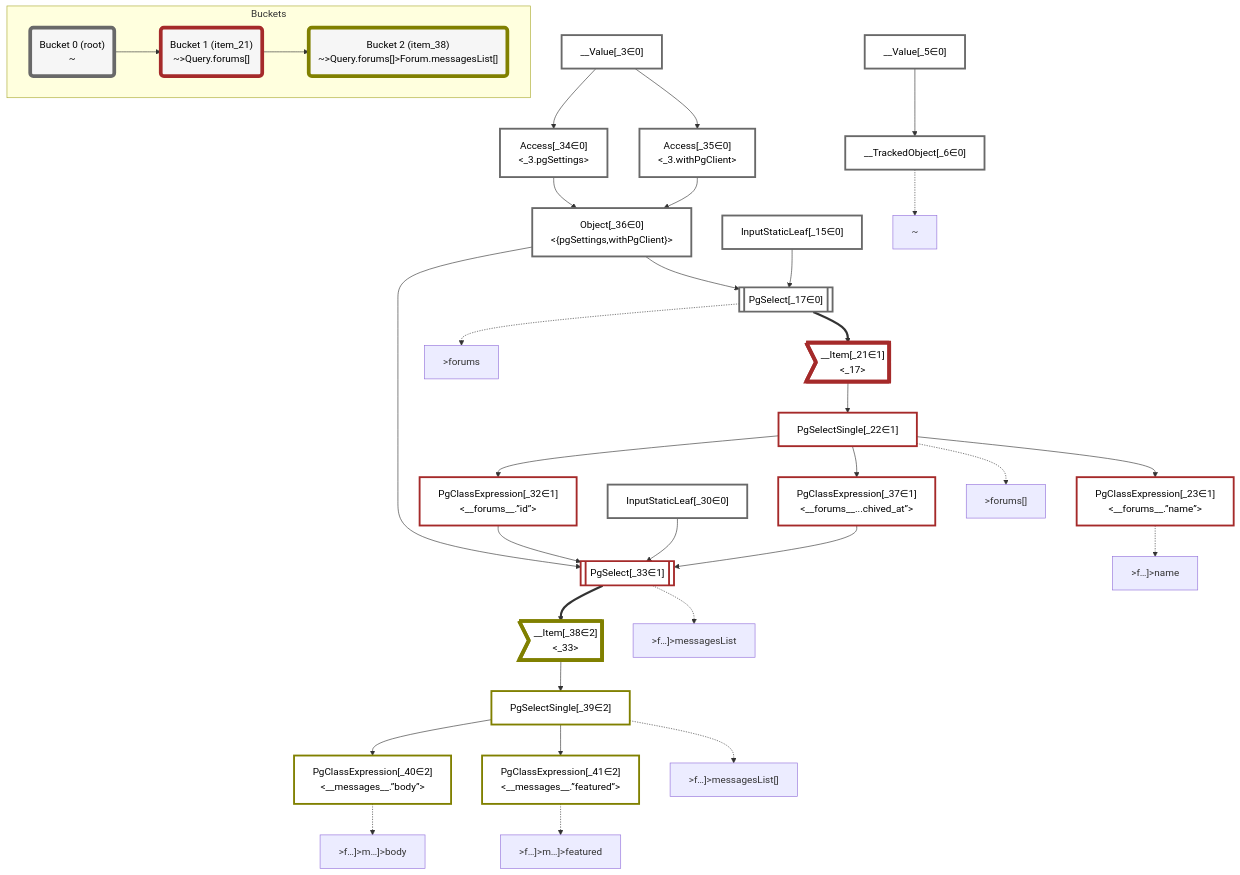
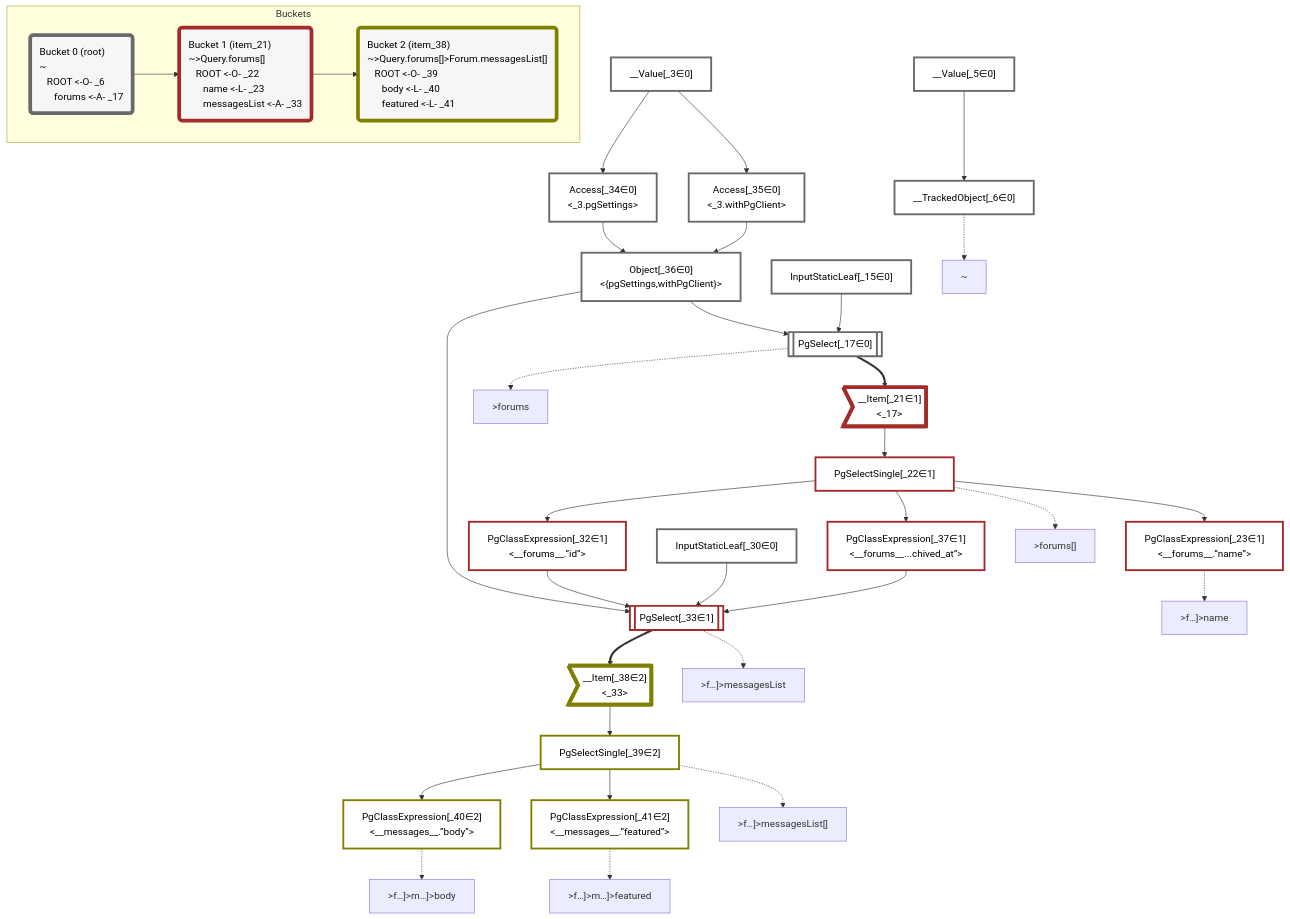
One commit to graphile/crystal changed the diagram in packages/dataplan-pg/__tests__/queries/conditions/complex-filter.deopt.mermaid.md. Above: the diagram before and after it, drawn with Mermaid. The commit also changed 195 other files, not shown here.

```diff
--- a/packages/dataplan-pg/__tests__/queries/conditions/complex-filter.deopt.mermaid.md
+++ b/packages/dataplan-pg/__tests__/queries/conditions/complex-filter.deopt.mermaid.md
@@ -4,7 +4,7 @@
     classDef plan fill:#fff,stroke-width:3px,color:#000
     classDef itemplan fill:#fff,stroke-width:6px,color:#000
     classDef sideeffectplan fill:#f00,stroke-width:6px,color:#000
-    classDef bucket fill:#f6f6f6,color:#000,stroke-width:6px
+    classDef bucket fill:#f6f6f6,color:#000,stroke-width:6px,text-align:left
 
 
     %% define plans
@@ -77,12 +77,12 @@
     class __Item_38,PgSelectSingle_39,PgClassExpression_40,PgClassExpression_41 bucket2
 
     subgraph Buckets
-    Bucket0("Bucket 0 (root)<br />~"):::bucket
+    Bucket0("Bucket 0 (root)<br />~<br />⠀ROOT <-O- _6<br />⠀⠀forums <-A- _17"):::bucket
     style Bucket0 stroke:#696969
-    Bucket1("Bucket 1 (item_21)<br />~>Query.forums[]"):::bucket
+    Bucket1("Bucket 1 (item_21)<br />~>Query.forums[]<br />⠀ROOT <-O- _22<br />⠀⠀name <-L- _23<br />⠀⠀messagesList <-A- _33"):::bucket
     style Bucket1 stroke:#a52a2a
     Bucket0 --> Bucket1
-    Bucket2("Bucket 2 (item_38)<br />~>Query.forums[]>Forum.messagesList[]"):::bucket
+    Bucket2("Bucket 2 (item_38)<br />~>Query.forums[]>Forum.messagesList[]<br />⠀ROOT <-O- _39<br />⠀⠀body <-L- _40<br />⠀⠀featured <-L- _41"):::bucket
     style Bucket2 stroke:#808000
     Bucket1 --> Bucket2
     end
```
